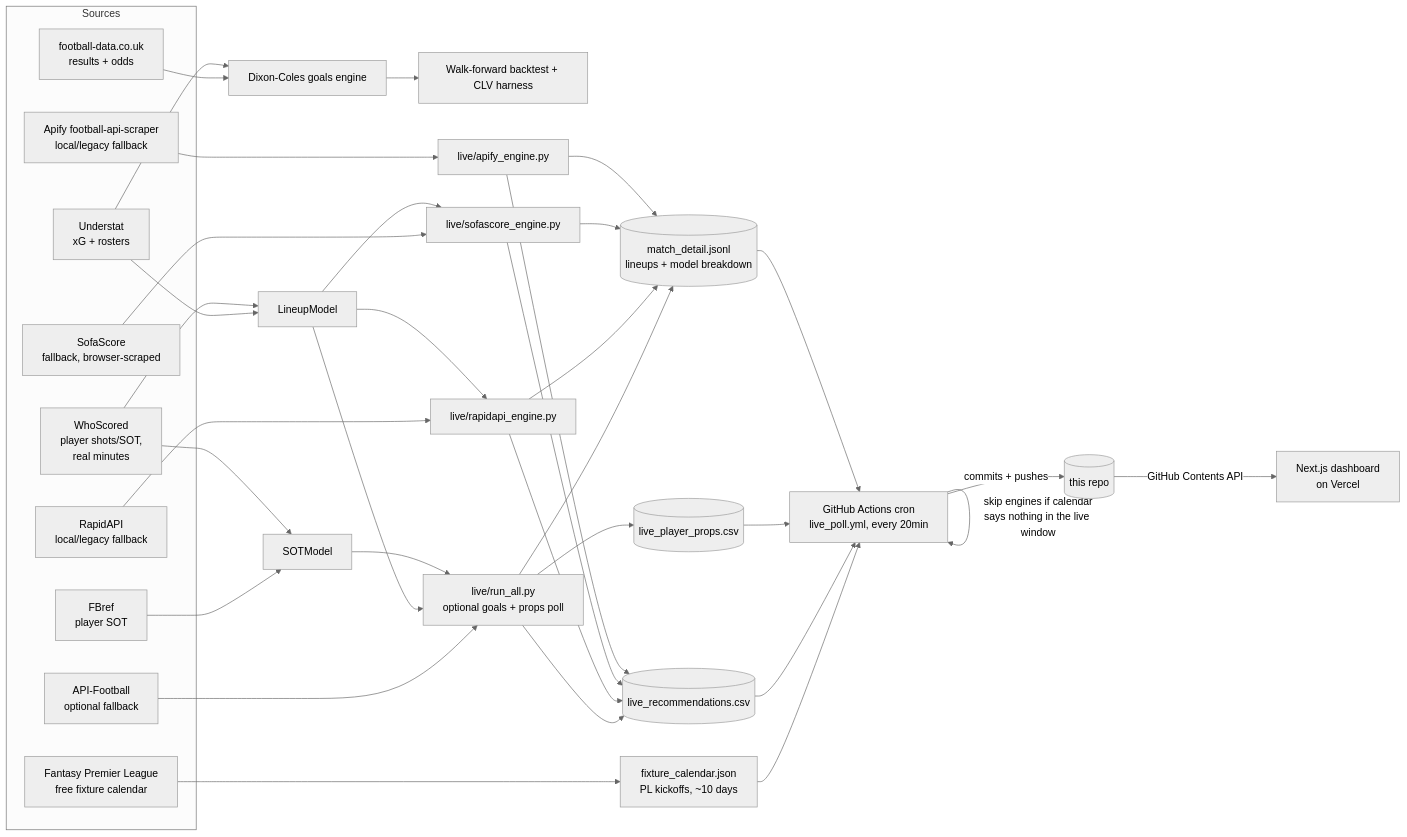
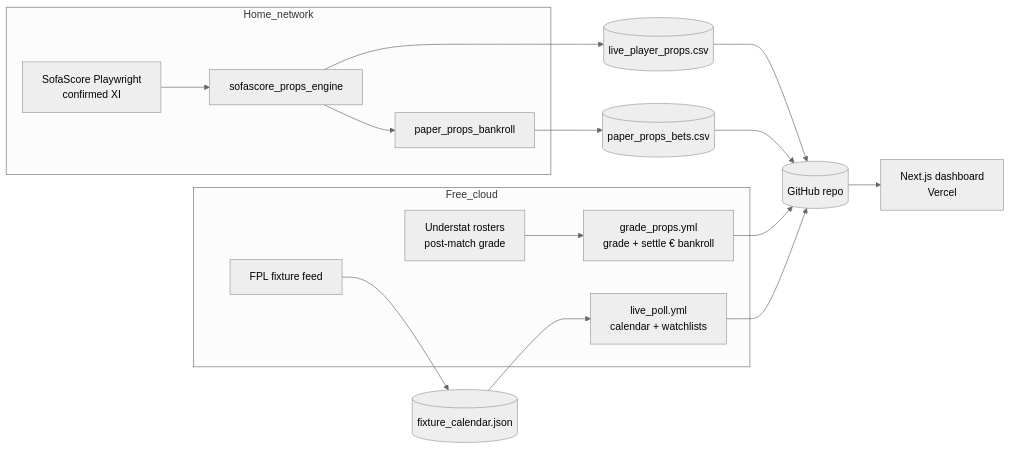
One commit to tanamsethi31/footymodel changed the diagram in README.md. Above: the diagram before and after it, drawn with Mermaid (neutral theme). The commit also changed other lines of this file and 9 other files, not shown here.

First line of the commit message:
Docs and dashboard: shots/SOT-only product narrative

````diff
--- a/README.md
+++ b/README.md
@@ -72,52 +77,28 @@
 ```mermaid
 flowchart LR
-    subgraph Sources
-        FD[football-data.co.uk<br/>results + odds]
-        US[Understat<br/>xG + rosters]
-        FB[FBref<br/>player SOT]
-        WS[WhoScored<br/>player shots/SOT,<br/>real minutes]
-        FPL[Fantasy Premier League<br/>free fixture calendar]
-        AP[Apify football-api-scraper<br/>local/legacy fallback]
-        RA2[RapidAPI<br/>local/legacy fallback]
-        AF[API-Football<br/>optional fallback]
-        SS[SofaScore<br/>fallback, browser-scraped]
+    subgraph Free_cloud
+        FPL[FPL fixture feed]
+        US[Understat rosters<br/>post-match grade]
+        GH1[live_poll.yml<br/>calendar + watchlists]
+        GH2[grade_props.yml<br/>grade + settle € bankroll]
     end
 
-    FD --> DC[Dixon-Coles goals engine]
-    US --> DC
-    DC --> BT[Walk-forward backtest + CLV harness]
+    subgraph Home_network
+        SS[SofaScore Playwright<br/>confirmed XI]
+        ENG[sofascore_props_engine]
+        PB[paper_props_bankroll]
+    end
 
-    US --> LM[LineupModel]
-    WS --> LM
-    FB --> SM[SOTModel]
-    WS --> SM
-
-    FPL --> CAL
-    AP --> APE[live/apify_engine.py]
-    AF --> RUN[live/run_all.py<br/>optional goals + props poll]
-    RA2 --> RAE[live/rapidapi_engine.py]
-    SS --> SSE[live/sofascore_engine.py]
-    LM --> RUN
-    LM --> RAE
-    LM --> SSE
-    SM --> RUN
-
-    RUN --> LOG1[(live_recommendations.csv)]
-    RUN --> LOG2[(live_player_props.csv)]
-    RAE --> LOG1
-    SSE --> LOG1
-    APE --> LOG1
-    RUN --> LOG3[(match_detail.jsonl<br/>lineups + model breakdown)]
-    RAE --> LOG3
-    SSE --> LOG3
-    APE --> LOG3
-    CAL[fixture_calendar.json<br/>PL kickoffs, ~10 days]
-
-    CAL --> GH[GitHub Actions cron<br/>live_poll.yml, every 20min]
-    LOG1 --> GH
-    LOG2 --> GH
-    LOG3 --> GH
-    GH -- skip engines if calendar<br/>says nothing in the live window --> GH
-    GH -- commits + pushes --> REPO[(this repo)]
-    REPO -- GitHub Contents API --> DASH[Next.js dashboard<br/>on Vercel]
+    FPL --> CAL[(fixture_calendar.json)]
+    CAL --> GH1
+    GH1 --> REPO[(GitHub repo)]
+    SS --> ENG
+    ENG --> PROPS[(live_player_props.csv)]
+    ENG --> PB
+    PB --> BETS[(paper_props_bets.csv)]
+    PROPS --> REPO
+    BETS --> REPO
+    US --> GH2
+    GH2 --> REPO
+    REPO --> DASH[Next.js dashboard<br/>Vercel]
 ```
````
